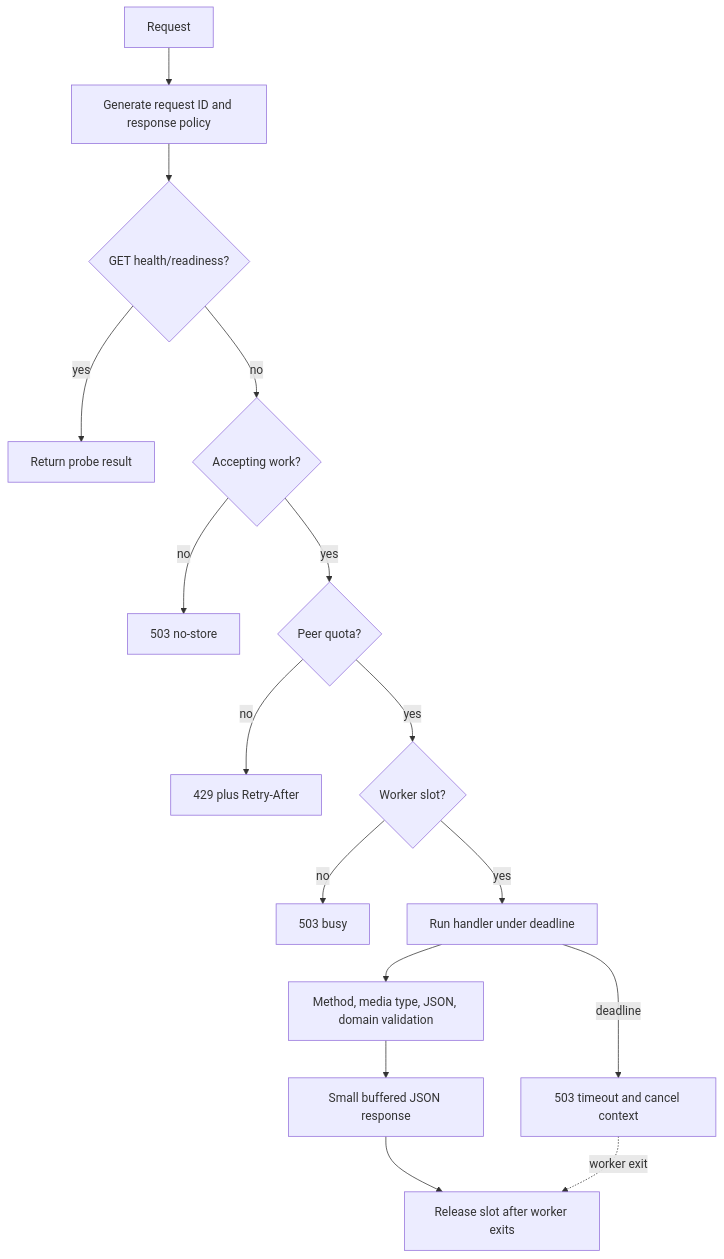
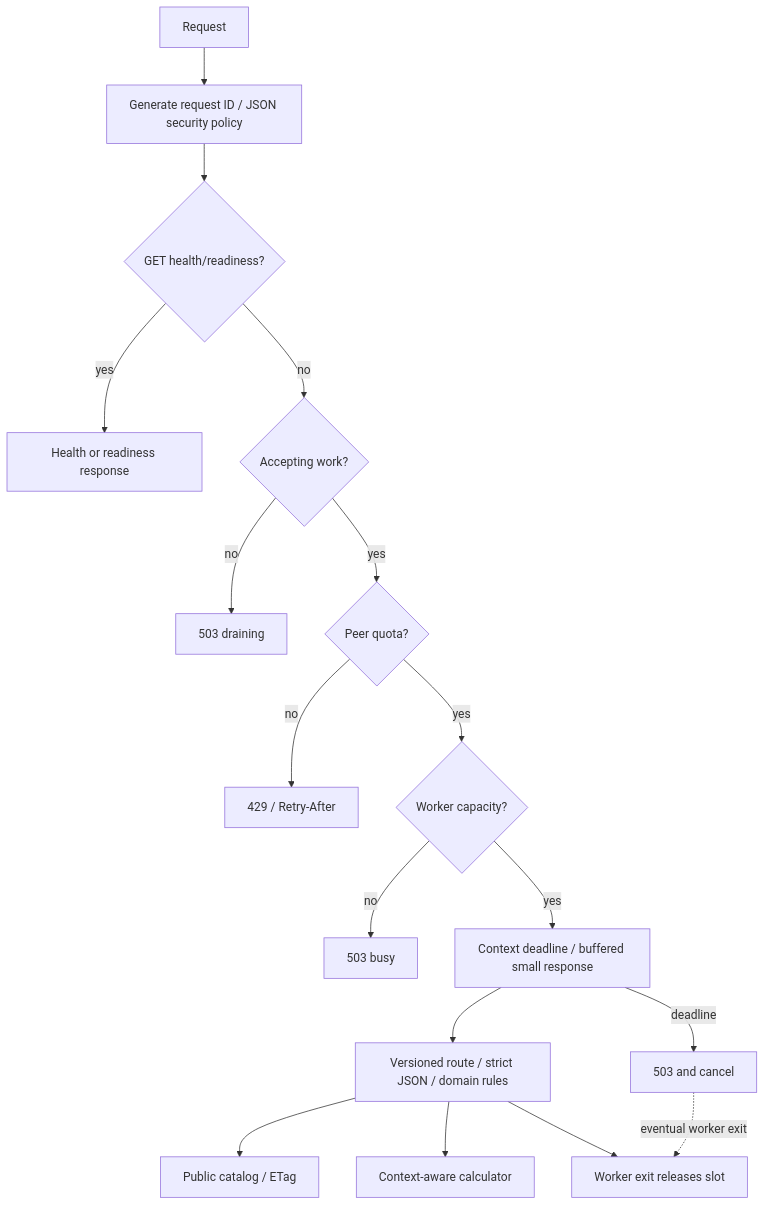
One commit to shantanu-1607/assignment changed the third of 3 diagrams in docs/ARCHITECTURE.md. Above: the diagram before and after it, drawn with Mermaid. The commit also changed other lines of this file and 7 other files, not shown here.

Commit message:
docs: complete evidence-backed audit findings architecture and submission

````diff
--- a/docs/ARCHITECTURE.md
+++ b/docs/ARCHITECTURE.md
@@ -37,18 +40,19 @@
 ```mermaid
 flowchart TD
-  R[Request] --> ID[Generate request ID and response policy]
-  ID --> P{GET health/readiness?}
-  P -->|yes| Probe[Return probe result]
-  P -->|no| Ready{Accepting work?}
-  Ready -->|no| Drain[503 no-store]
+  R[Request] --> ID[Generate request ID / JSON security policy]
+  ID --> Probe{GET health/readiness?}
+  Probe -->|yes| Health[Health or readiness response]
+  Probe -->|no| Ready{Accepting work?}
+  Ready -->|no| Drain[503 draining]
   Ready -->|yes| Rate{Peer quota?}
-  Rate -->|no| Q[429 plus Retry-After]
-  Rate -->|yes| Slot{Worker slot?}
+  Rate -->|no| Quota[429 / Retry-After]
+  Rate -->|yes| Slot{Worker capacity?}
   Slot -->|no| Busy[503 busy]
-  Slot -->|yes| Time[Run handler under deadline]
-  Time --> Decode[Method, media type, JSON, domain validation]
-  Decode --> Result[Small buffered JSON response]
-  Time -->|deadline| Deadline[503 timeout and cancel context]
-  Result --> Release[Release slot after worker exits]
-  Deadline -. worker exit .-> Release
+  Slot -->|yes| Budget[Context deadline / buffered small response]
+  Budget --> Route[Versioned route / strict JSON / domain rules]
+  Route --> Read[Public catalog / ETag]
+  Route --> Compute[Context-aware calculator]
+  Budget -->|deadline| Timeout[503 and cancel]
+  Route --> Exit[Worker exit releases slot]
+  Timeout -. eventual worker exit .-> Exit
 ```
````
